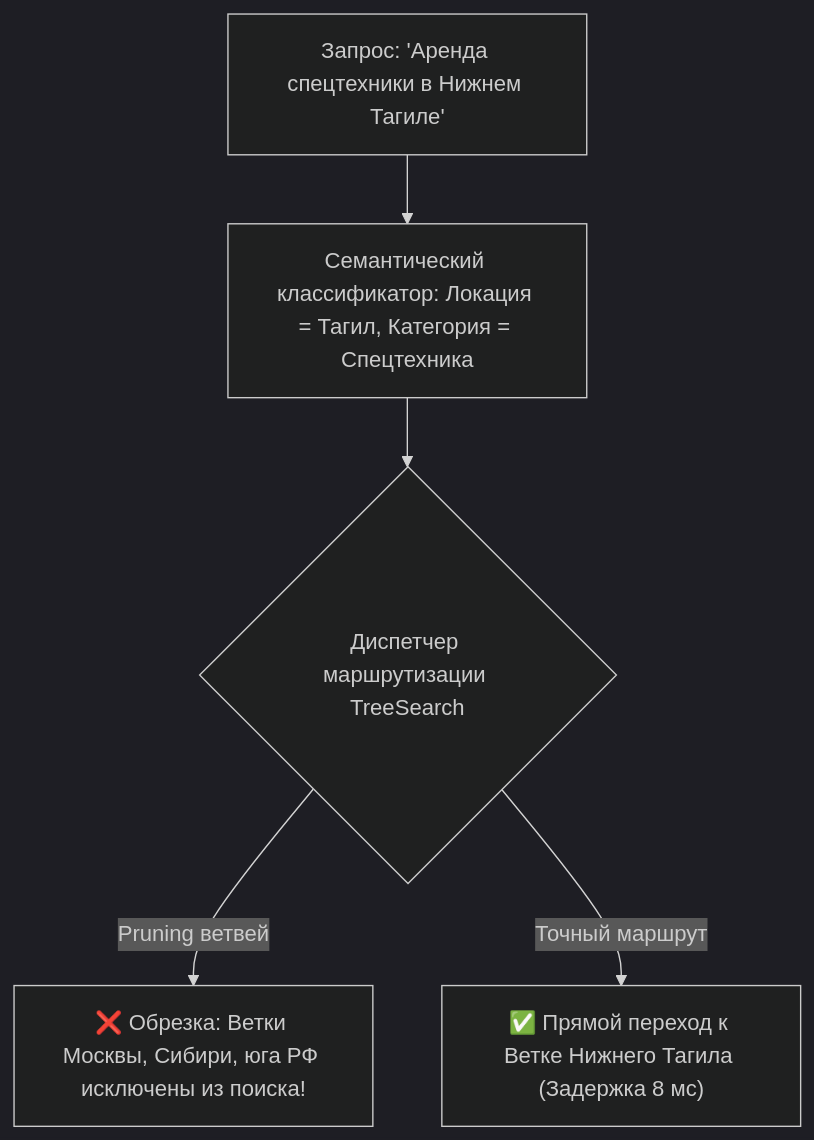
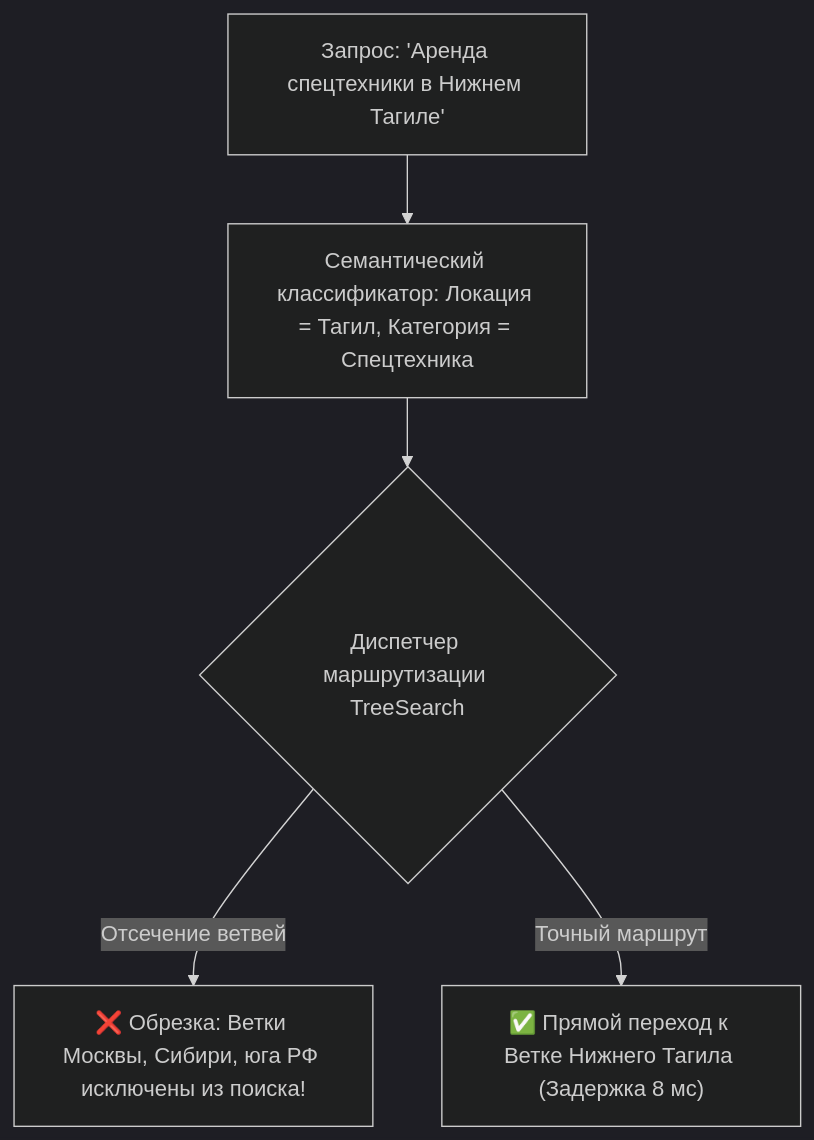
The sixth of 11 diagrams in architecture_presentations/06_tree_search_and_analytics/docs/presentation_deck.md (Data-Independence-Network/presentations), drawn with Mermaid (dark theme) before and after one commit. The commit also changed other lines of this file and 88 other files, not shown here.

```diff
--- a/architecture_presentations/06_tree_search_and_analytics/docs/presentation_deck.md
+++ b/architecture_presentations/06_tree_search_and_analytics/docs/presentation_deck.md
@@ -404,13 +404,13 @@
         <div class="mermaid">
 graph TD
     Query["Запрос: 'Аренда спецтехники в Нижнем Тагиле'"]
     Classify["Семантический классификатор: Локация = Тагил, Категория = Спецтехника"]
     Router{"Диспетчер маршрутизации TreeSearch"}
     Prune["❌ Обрезка: Ветки Москвы, Сибири, юга РФ исключены из поиска!"]
     Target["✅ Прямой переход к Ветке Нижнего Тагила (Задержка 8 мс)"]
 
     Query --> Classify
     Classify --> Router
-    Router -->|Pruning ветвей| Prune
+    Router -->|Отсечение ветвей| Prune
     Router -->|Точный маршрут| Target
         </div>
```
